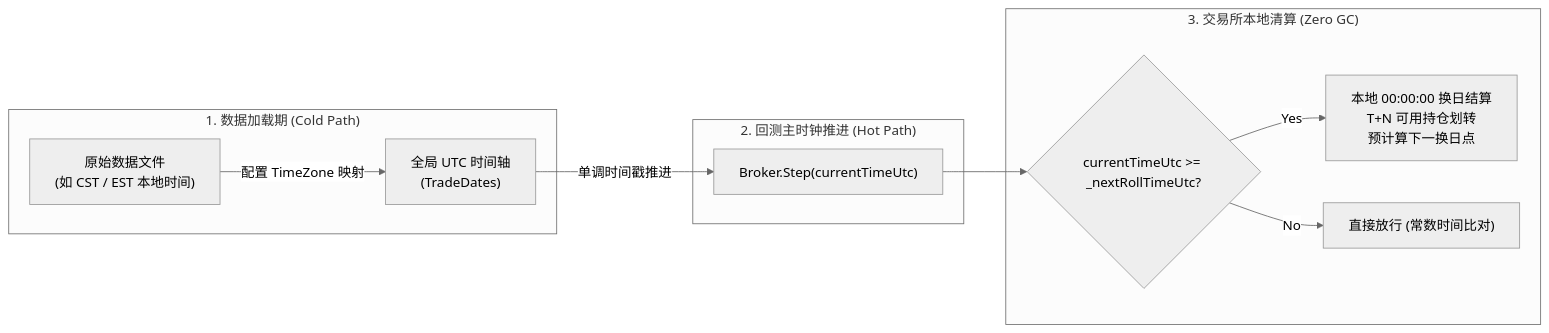
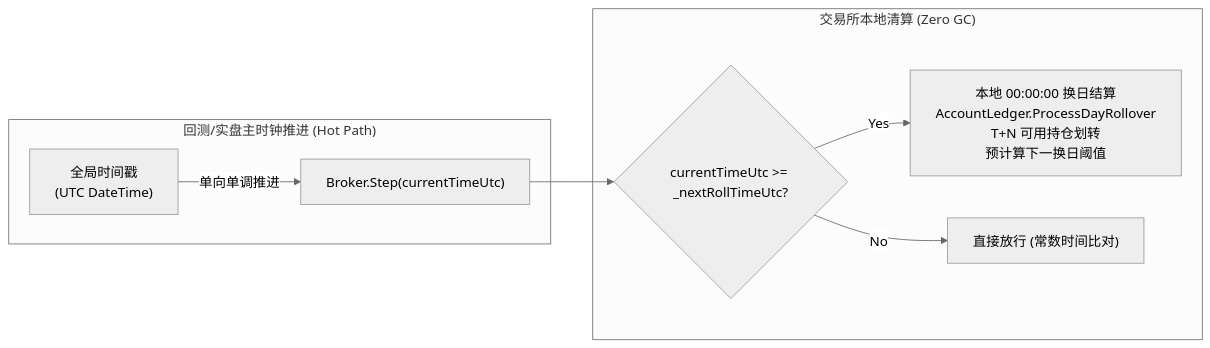
The third of 3 diagrams in docs/broker.md (CRThu/CarrotQuant.Net), drawn with Mermaid (neutral theme) before and after one commit. The commit also changed other lines of this file and 26 other files, not shown here.

````diff
--- a/docs/broker.md
+++ b/docs/broker.md
@@ -151,16 +192,12 @@
 ```mermaid
 flowchart LR
-    subgraph DataLayer ["1. 数据加载期 (Cold Path)"]
-        RawCSV["原始数据文件<br>(如 CST / EST 本地时间)"] -->|配置 TimeZone 映射| UTCGrid["全局 UTC 时间轴<br>(TradeDates)"]
+    subgraph HotLoop ["回测/实盘主时钟推进 (Hot Path)"]
+        UTCGrid["全局时间戳<br>(UTC DateTime)"] -->|单向单调推进| BrokerStep["Broker.Step(currentTimeUtc)"]
     end
 
-    subgraph HotLoop ["2. 回测主时钟推进 (Hot Path)"]
-        UTCGrid -->|单调时间戳推进| BrokerStep["Broker.Step(currentTimeUtc)"]
-    end
-
-    subgraph SettleLogic ["3. 交易所本地清算 (Zero GC)"]
+    subgraph SettleLogic ["交易所本地清算 (Zero GC)"]
         BrokerStep --> Check{"currentTimeUtc >= _nextRollTimeUtc?"}
-        Check -->|Yes| DoRoll["本地 00:00:00 换日结算<br>T+N 可用持仓划转<br>预计算下一换日点"]
+        Check -->|Yes| DoRoll["本地 00:00:00 换日结算<br>AccountLedger.ProcessDayRollover<br>T+N 可用持仓划转<br>预计算下一换日阈值"]
         Check -->|No| FastPass["直接放行 (常数时间比对)"]
     end
 ```
````
